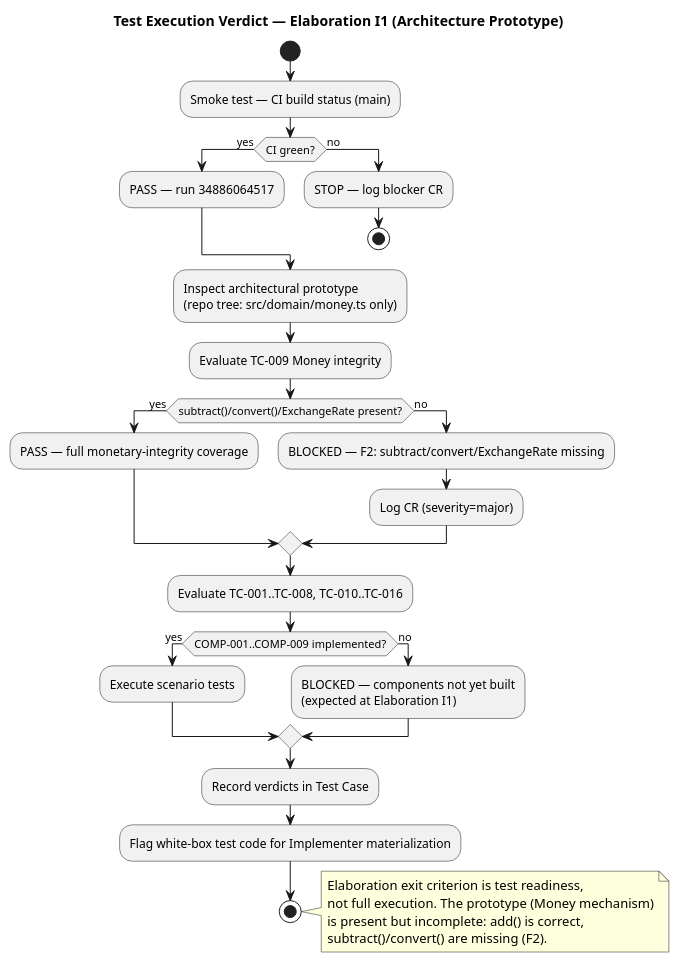
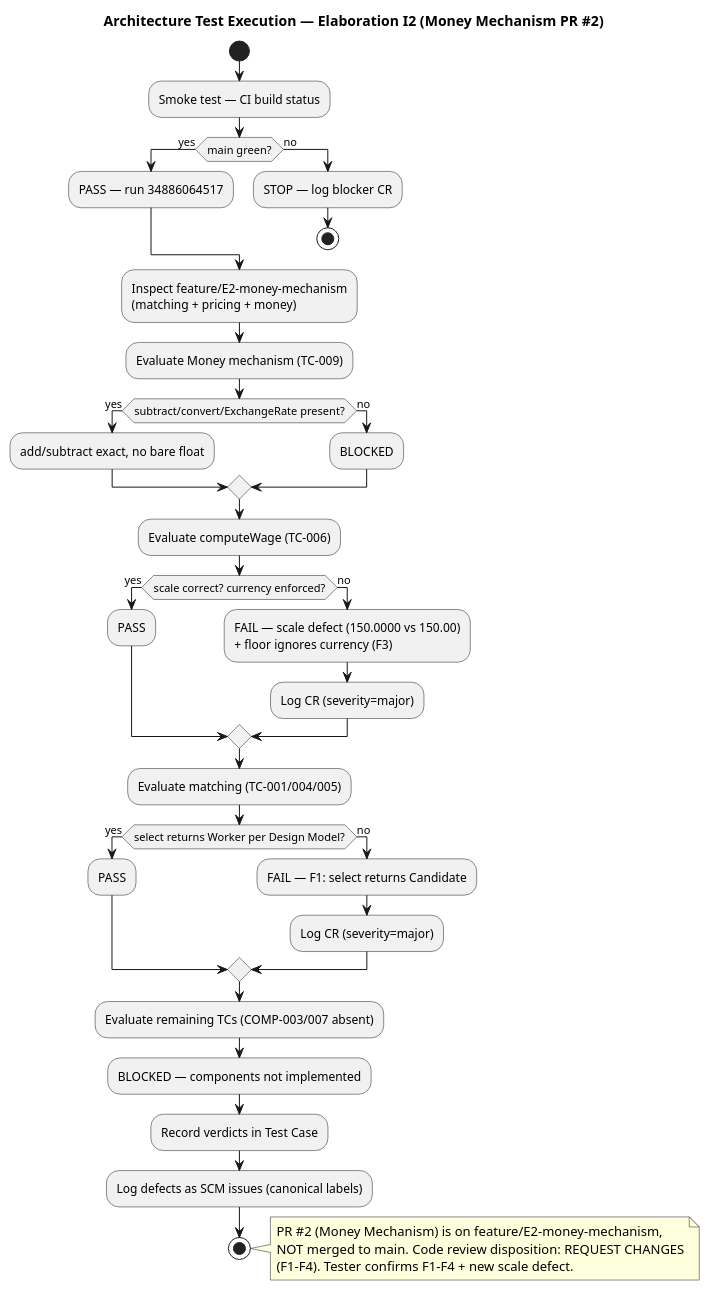
The third of 4 diagrams in docs/artifacts/test/test-case.md (banense-test/trademe), drawn with PlantUML before and after one commit. The commit also changed other lines of this file, not shown here.

Commit message:
Tester [E2]: upsert Test Case
[skip ci]

````diff
--- a/docs/artifacts/test/test-case.md
+++ b/docs/artifacts/test/test-case.md
@@ -81,42 +103,51 @@
 ```plantuml
 @startuml
-title Test Execution Verdict — Elaboration I1 (Architecture Prototype)
+title Architecture Test Execution — Elaboration I2 (Money Mechanism PR #2)
 
 start
-:Smoke test — CI build status (main);
-if (CI green?) then (yes)
+:Smoke test — CI build status;
+if (main green?) then (yes)
   :PASS — run 34886064517;
 else (no)
   :STOP — log blocker CR;
   stop
 endif
 
-:Inspect architectural prototype\n(repo tree: src/domain/money.ts only);
-:Evaluate TC-009 Money integrity;
+:Inspect feature/E2-money-mechanism\n(matching + pricing + money);
+:Evaluate Money mechanism (TC-009);
+if (subtract/convert/ExchangeRate present?) then (yes)
+  :add/subtract exact, no bare float;
+else (no)
+  :BLOCKED;
+endif
 
-if (subtract()/convert()/ExchangeRate present?) then (yes)
-  :PASS — full monetary-integrity coverage;
+:Evaluate computeWage (TC-006);
+if (scale correct? currency enforced?) then (yes)
+  :PASS;
 else (no)
-  :BLOCKED — F2: subtract/convert/ExchangeRate missing;
+  :FAIL — scale defect (150.0000 vs 150.00)\n+ floor ignores currency (F3);
   :Log CR (severity=major);
 endif
 
-:Evaluate TC-001..TC-008, TC-010..TC-016;
-if (COMP-001..COMP-009 implemented?) then (yes)
-  :Execute scenario tests;
+:Evaluate matching (TC-001/004/005);
+if (select returns Worker per Design Model?) then (yes)
+  :PASS;
 else (no)
-  :BLOCKED — components not yet built\n(expected at Elaboration I1);
+  :FAIL — F1: select returns Candidate;
+  :Log CR (severity=major);
 endif
 
+:Evaluate remaining TCs (COMP-003/007 absent);
+:BLOCKED — components not implemented;
+
 :Record verdicts in Test Case;
-:Flag white-box test code for Implementer materialization;
+:Log defects as SCM issues (canonical labels);
 stop
 
 note right
-  Elaboration exit criterion is test readiness,
-  not full execution. The prototype (Money mechanism)
-  is present but incomplete: add() is correct,
-  subtract()/convert() are missing (F2).
+  PR #2 (Money Mechanism) is on feature/E2-money-mechanism,
+  NOT merged to main. Code review disposition: REQUEST CHANGES
+  (F1-F4). Tester confirms F1-F4 + new scale defect.
 end note
 @enduml
 ```
````
